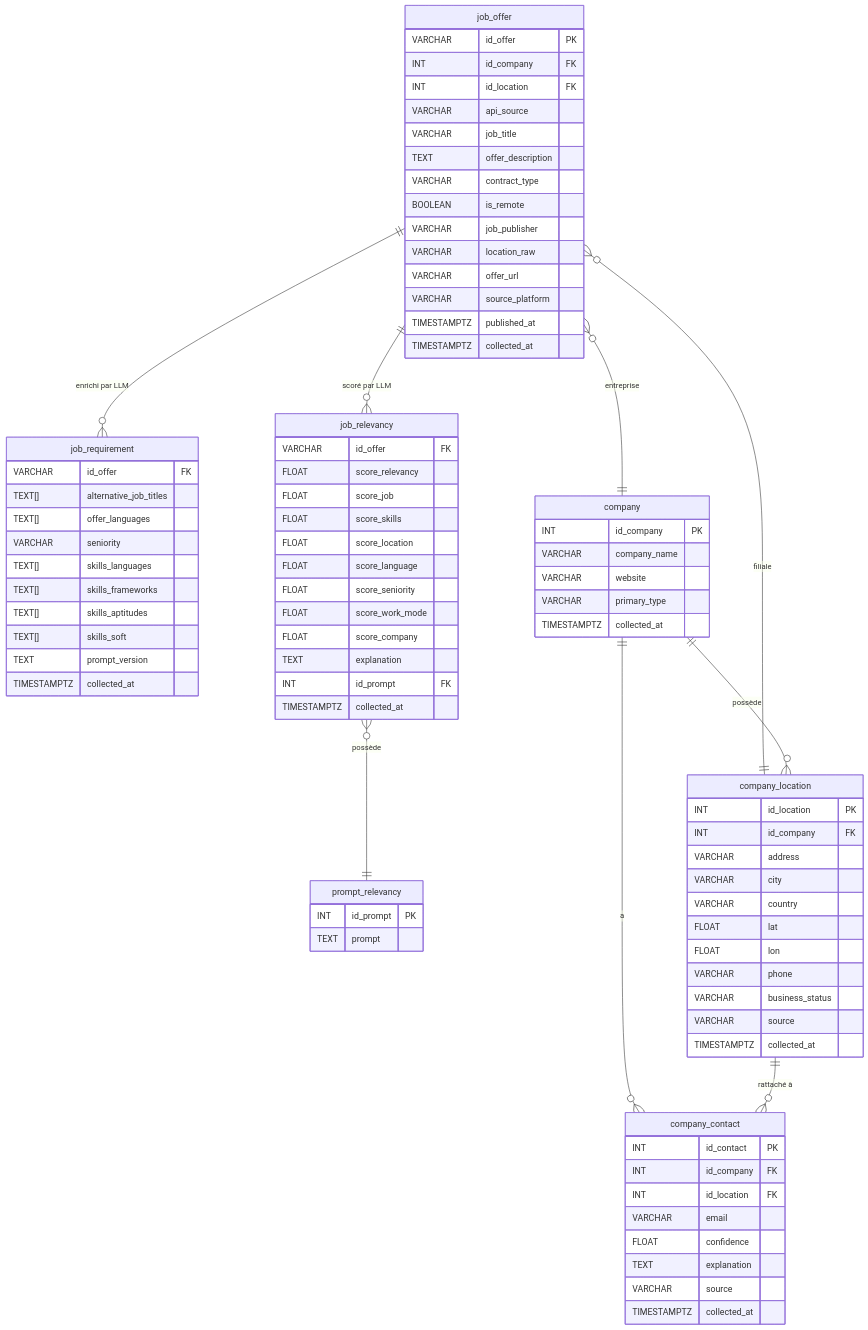
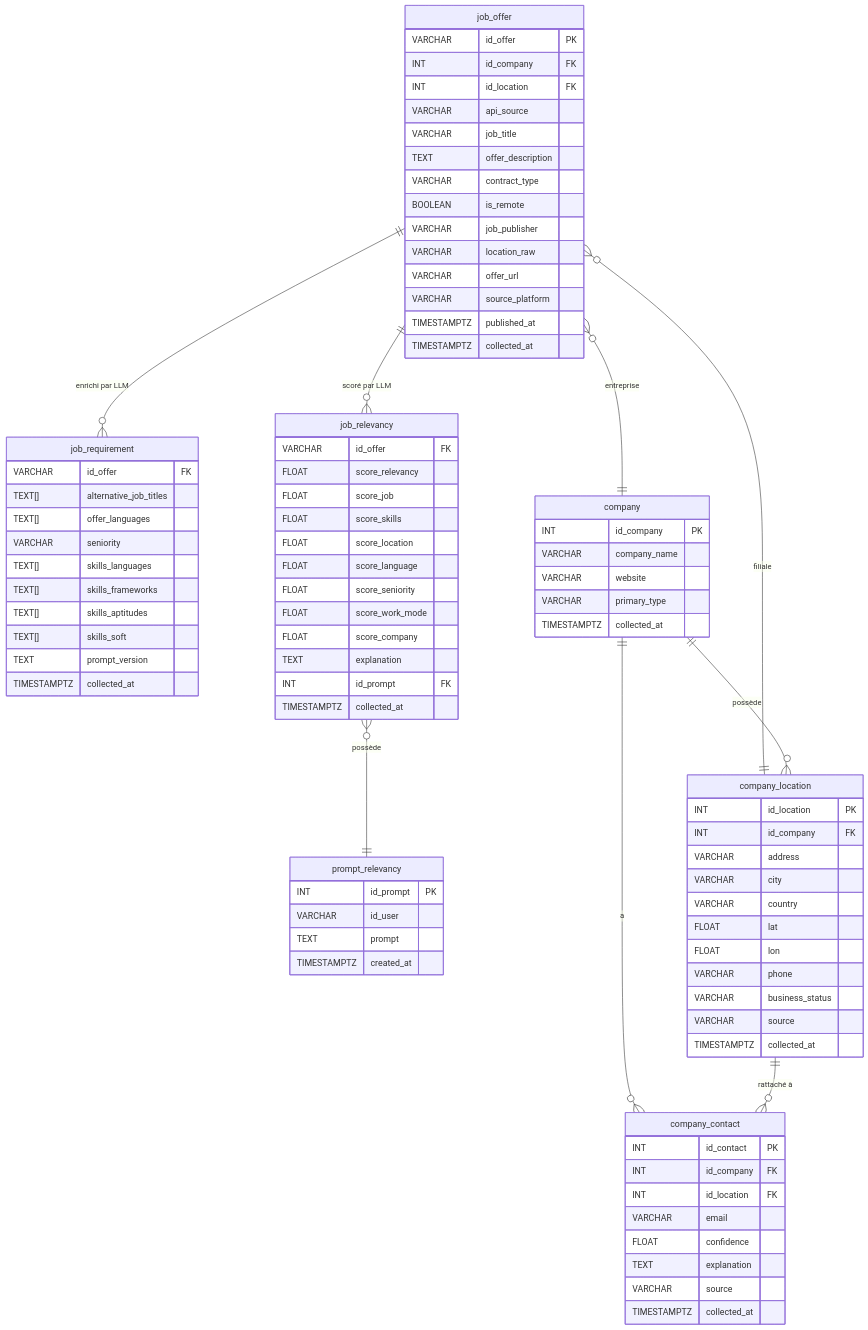
Before and after one commit to BigDataCorrompu/InternshipLatam: the diagram in docs/SilverTables.md, drawn with Mermaid. The commit also changed 14 other files, not shown here.

```diff
--- a/docs/SilverTables.md
+++ b/docs/SilverTables.md
@@ -46,7 +46,9 @@
   }
   prompt_relevancy {
     INT id_prompt PK
+    VARCHAR id_user 
     TEXT prompt 
+    TIMESTAMPTZ created_at
   }
   company {
     INT id_company PK
```
